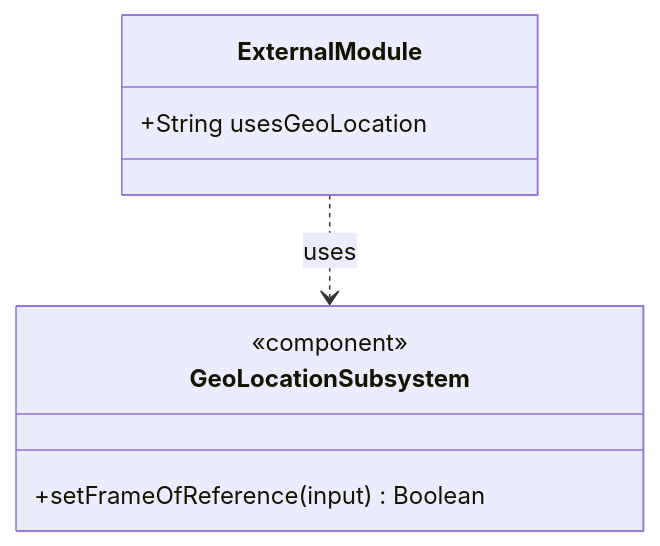
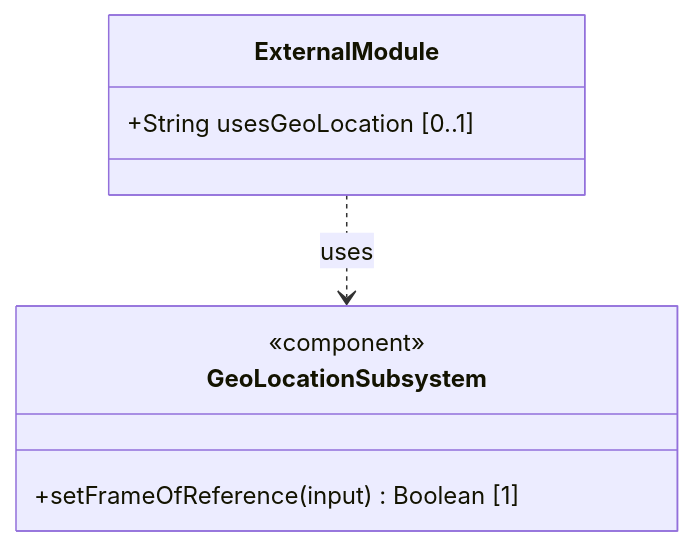
One commit to gintatkinson/3dgs-028 changed the first of 3 diagrams in docs/epics/epic-01-geo-location-grouping.md. Above: the diagram before and after it, drawn with Mermaid. The commit also changed other lines of this file and 2 other files, not shown here.

Commit message:
docs: resolve Epic cross-links and add operations to class diagrams

````diff
--- a/docs/epics/epic-01-geo-location-grouping.md
+++ b/docs/epics/epic-01-geo-location-grouping.md
@@ -35,11 +45,11 @@
 ```mermaid
 classDiagram
     class GeoLocationSubsystem {
         <<component>>
-        +setFrameOfReference(input) Boolean
+        +setFrameOfReference(input) Boolean [1]
     }
     class ExternalModule {
-        +String usesGeoLocation
+        +String usesGeoLocation [0..1]
     }
     ExternalModule ..> GeoLocationSubsystem : uses
 ```
````
